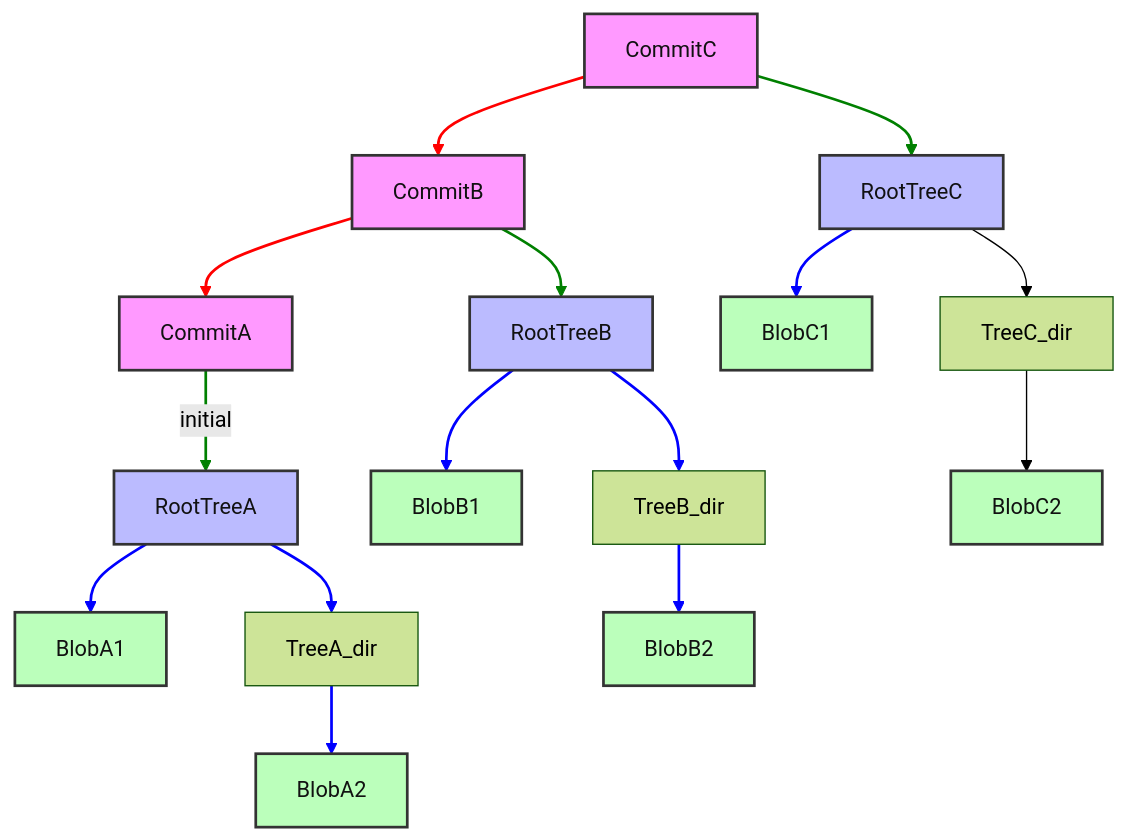
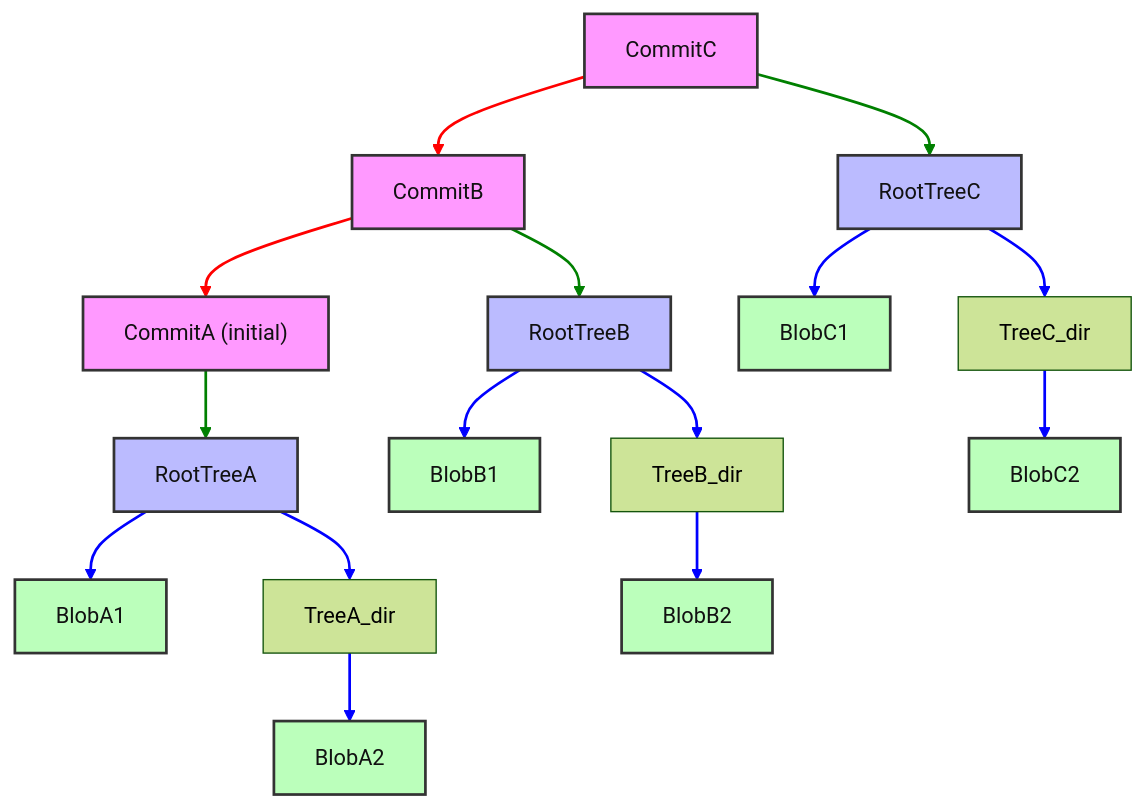
The diagram in src/content/docs/prerequisites/git-deep-dive/module-1-git-internals.md (kube-dojo/kube-dojo.github.io), drawn with Mermaid (forest theme) before and after one commit. The commit also changed other lines of this file and 2 other files, not shown here.

````diff
--- a/src/content/docs/prerequisites/git-deep-dive/module-1-git-internals.md
+++ b/src/content/docs/prerequisites/git-deep-dive/module-1-git-internals.md
@@ -340,48 +342,50 @@
 ```mermaid
 graph TD
     CommitC --> CommitB
-    CommitB --> CommitA
-    CommitA -- initial --> RootTreeA
+    CommitB --> CommitA["CommitA (initial)"]
+    CommitA --> RootTreeA
     CommitB --> RootTreeB
     CommitC --> RootTreeC
 
     RootTreeA --> BlobA1
     RootTreeA --> TreeA_dir
 
     TreeA_dir --> BlobA2
 
     RootTreeB --> BlobB1
     RootTreeB --> TreeB_dir
 
     TreeB_dir --> BlobB2
 
     RootTreeC --> BlobC1
     RootTreeC --> TreeC_dir
     TreeC_dir --> BlobC2
 
     style CommitA fill:#f9f,stroke:#333,stroke-width:2px,color:#111
     style CommitB fill:#f9f,stroke:#333,stroke-width:2px,color:#111
     style CommitC fill:#f9f,stroke:#333,stroke-width:2px,color:#111
     style RootTreeA fill:#bbf,stroke:#333,stroke-width:2px,color:#111
     style RootTreeB fill:#bbf,stroke:#333,stroke-width:2px,color:#111
     style RootTreeC fill:#bbf,stroke:#333,stroke-width:2px,color:#111
     style BlobA1 fill:#bfb,stroke:#333,stroke-width:2px,color:#111
     style BlobA2 fill:#bfb,stroke:#333,stroke-width:2px,color:#111
     style BlobB1 fill:#bfb,stroke:#333,stroke-width:2px,color:#111
     style BlobB2 fill:#bfb,stroke:#333,stroke-width:2px,color:#111
     style BlobC1 fill:#bfb,stroke:#333,stroke-width:2px,color:#111
     style BlobC2 fill:#bfb,stroke:#333,stroke-width:2px,color:#111
 
     linkStyle 0 stroke-width:2px,fill:none,stroke:red;
     linkStyle 1 stroke-width:2px,fill:none,stroke:red;
     linkStyle 2 stroke-width:2px,fill:none,stroke:green;
     linkStyle 3 stroke-width:2px,fill:none,stroke:green;
     linkStyle 4 stroke-width:2px,fill:none,stroke:green;
     linkStyle 5 stroke-width:2px,fill:none,stroke:blue;
     linkStyle 6 stroke-width:2px,fill:none,stroke:blue;
     linkStyle 7 stroke-width:2px,fill:none,stroke:blue;
     linkStyle 8 stroke-width:2px,fill:none,stroke:blue;
     linkStyle 9 stroke-width:2px,fill:none,stroke:blue;
     linkStyle 10 stroke-width:2px,fill:none,stroke:blue;
     linkStyle 11 stroke-width:2px,fill:none,stroke:blue;
+    linkStyle 12 stroke-width:2px,fill:none,stroke:blue;
+    linkStyle 13 stroke-width:2px,fill:none,stroke:blue;
 ```
````
